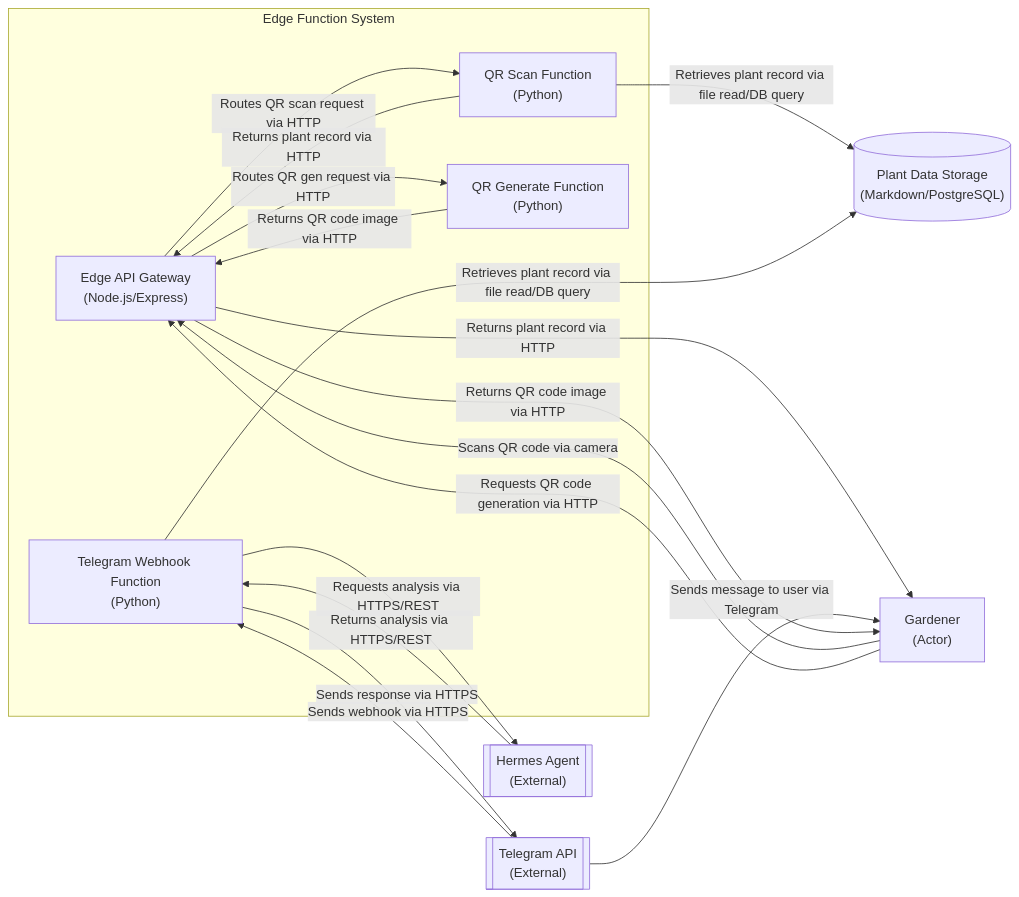
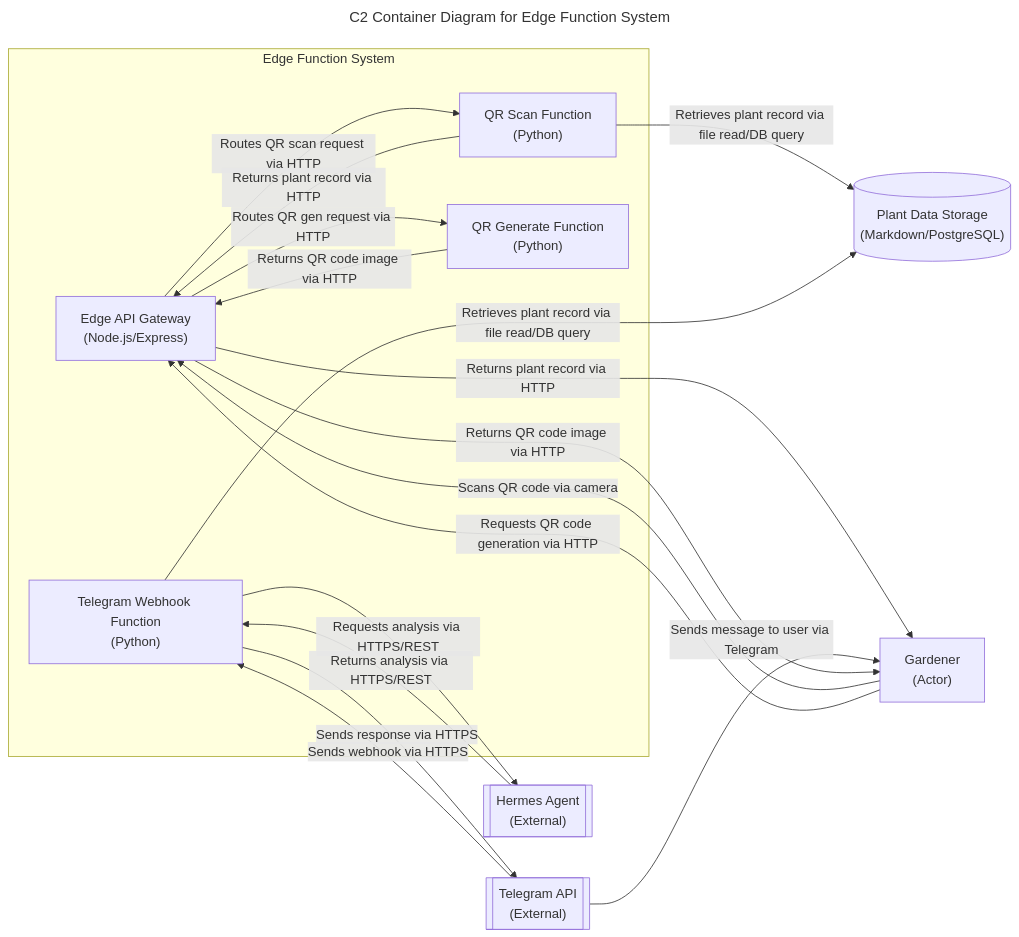
One commit to geraldthewes/plant-tracking changed the diagram in knowledge/architecture/edge-functions/c2-container.md. Above: the diagram before and after it, drawn with Mermaid. The commit also changed other lines of this file and 7 other files, not shown here.

````diff
--- a/knowledge/architecture/edge-functions/c2-container.md
+++ b/knowledge/architecture/edge-functions/c2-container.md
@@ -13,35 +20,38 @@
 ```mermaid
+---
+title: C2 Container Diagram for Edge Function System
+---
 flowchart LR
-    subgraph edge_sys["Edge Function System"]
-        api_gw["Edge API Gateway\n(Node.js/Express)"]
-        qr_scan_func["QR Scan Function\n(Python)"]
-        tg_webhook_func["Telegram Webhook Function\n(Python)"]
-        qr_gen_func["QR Generate Function\n(Python)"]
+    subgraph id_edge_sys["Edge Function System"]
+        id_api_gw["Edge API Gateway\n(Node.js/Express)"]
+        id_qr_scan["QR Scan Function\n(Python)"]
+        id_tg_webhook["Telegram Webhook Function\n(Python)"]
+        id_qr_gen["QR Generate Function\n(Python)"]
     end
 
-    user["Gardener\n(Actor)"]
-    plant_data[("Plant Data Storage\n(Markdown/PostgreSQL)")]
-    hermes[["Hermes Agent\n(External)"]]
-    telegram_api[["Telegram API\n(External)"]]
+    id_user["Gardener\n(Actor)"]
+    id_plant_data[("Plant Data Storage\n(Markdown/PostgreSQL)")]
+    id_hermes[["Hermes Agent\n(External)"]]
+    id_telegram[["Telegram API\n(External)"]]
 
     %% QR Scan Flow
-    user -->|"Scans QR code via camera"| api_gw
-    api_gw -->|"Routes QR scan request via HTTP"| qr_scan_func
-    qr_scan_func -->|"Retrieves plant record via file read/DB query"| plant_data
-    qr_scan_func -->|"Returns plant record via HTTP"| api_gw
-    api_gw -->|"Returns plant record via HTTP"| user
+    id_user -->|"Scans QR code via camera"| id_api_gw
+    id_api_gw -->|"Routes QR scan request via HTTP"| id_qr_scan
+    id_qr_scan -->|"Retrieves plant record via file read/DB query"| id_plant_data
+    id_qr_scan -->|"Returns plant record via HTTP"| id_api_gw
+    id_api_gw -->|"Returns plant record via HTTP"| id_user
 
     %% Telegram Webhook Flow
-    telegram_api -->|"Sends webhook via HTTPS"| tg_webhook_func
-    tg_webhook_func -->|"Retrieves plant record via file read/DB query"| plant_data
-    tg_webhook_func -->|"Requests analysis via HTTPS/REST"| hermes
-    hermes -->|"Returns analysis via HTTPS/REST"| tg_webhook_func
-    tg_webhook_func -->|"Sends response via HTTPS"| telegram_api
-    telegram_api -->|"Sends message to user via Telegram"| user
+    id_telegram -->|"Sends webhook via HTTPS"| id_tg_webhook
+    id_tg_webhook -->|"Retrieves plant record via file read/DB query"| id_plant_data
+    id_tg_webhook -->|"Requests analysis via HTTPS/REST"| id_hermes
+    id_hermes -->|"Returns analysis via HTTPS/REST"| id_tg_webhook
+    id_tg_webhook -->|"Sends response via HTTPS"| id_telegram
+    id_telegram -->|"Sends message to user via Telegram"| id_user
 
     %% QR Generate Flow
-    user -->|"Requests QR code generation via HTTP"| api_gw
-    api_gw -->|"Routes QR gen request via HTTP"| qr_gen_func
-    qr_gen_func -->|"Returns QR code image via HTTP"| api_gw
-    api_gw -->|"Returns QR code image via HTTP"| user
+    id_user -->|"Requests QR code generation via HTTP"| id_api_gw
+    id_api_gw -->|"Routes QR gen request via HTTP"| id_qr_gen
+    id_qr_gen -->|"Returns QR code image via HTTP"| id_api_gw
+    id_api_gw -->|"Returns QR code image via HTTP"| id_user
 ```
````
